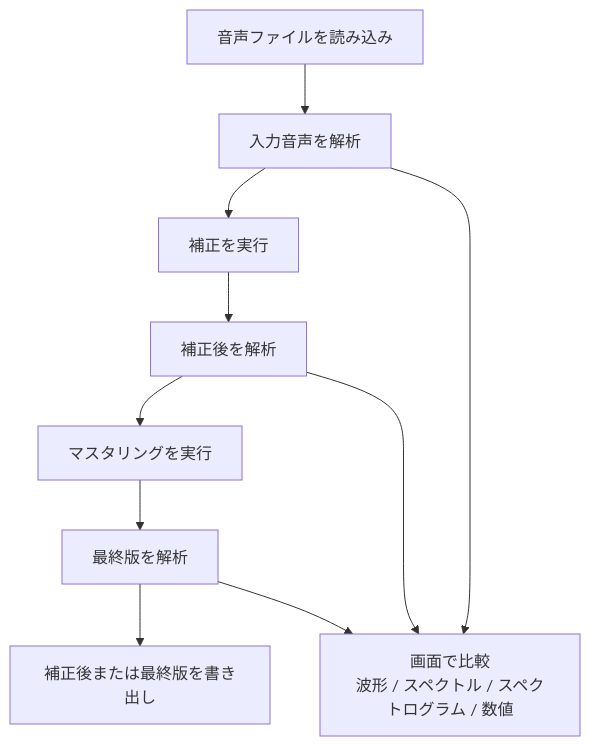
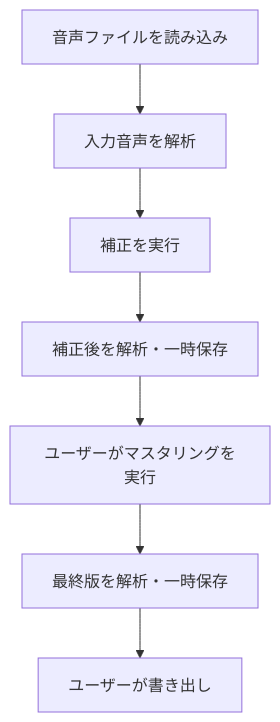
The second of 4 diagrams in README.md (hajimeno-ipoo/Veloura-Lucent), drawn with Mermaid before and after one commit. The commit also changed other lines of this file, not shown here.

````diff
--- a/README.md
+++ b/README.md
@@ -49,16 +102,12 @@
 ```mermaid
 flowchart TB
     A["音声ファイルを読み込み"]
     B["入力音声を解析"]
     C["補正を実行"]
-    D["補正後を解析"]
-    E["マスタリングを実行"]
-    F["最終版を解析"]
-    G["補正後または最終版を書き出し"]
-    H["画面で比較<br/>波形 / スペクトル / スペクトログラム / 数値"]
+    D["補正後を解析・一時保存"]
+    E["ユーザーがマスタリングを実行"]
+    F["最終版を解析・一時保存"]
+    G["ユーザーが書き出し"]
 
     A --> B --> C --> D --> E --> F --> G
-    B --> H
-    D --> H
-    F --> H
 ```
````
